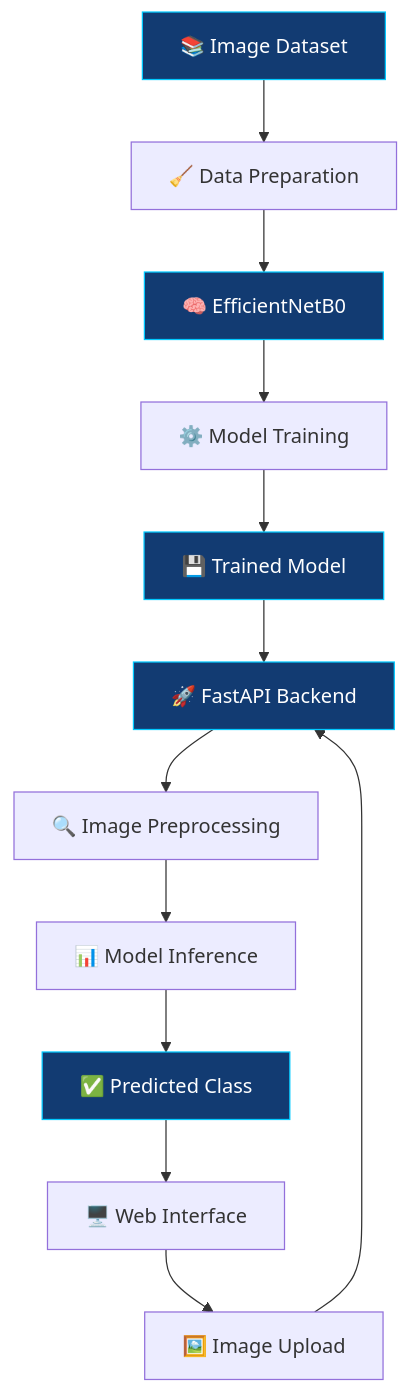
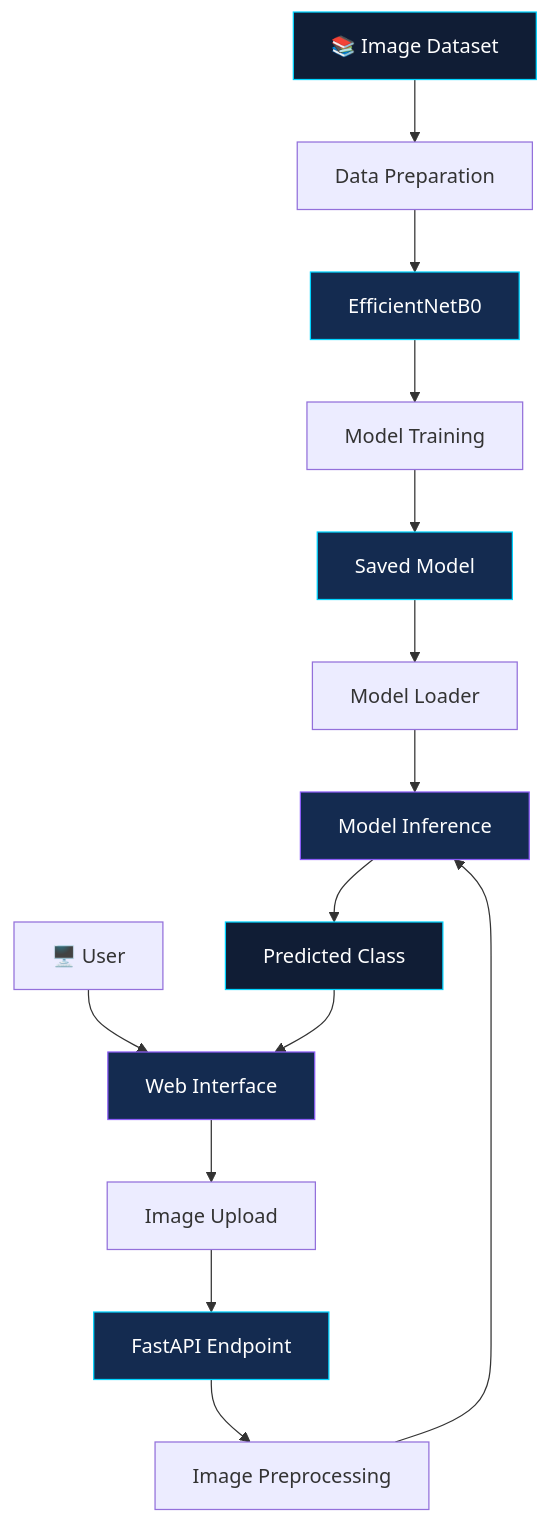
The diagram in README.md (iaryanMishra/DeepDetect-AI), drawn with Mermaid before and after one commit. The commit also changed other lines of this file, not shown here.

````diff
--- a/README.md
+++ b/README.md
@@ -197,20 +193,25 @@
 ```mermaid
 flowchart TD
-    A["📚 Image Dataset"] --> B["🧹 Data Preparation"]
-    B --> C["🧠 EfficientNetB0"]
-    C --> D["⚙️ Model Training"]
-    D --> E["💾 Trained Model"]
-    E --> F["🚀 FastAPI Backend"]
-    G["🖥️ Web Interface"] --> H["🖼️ Image Upload"]
-    H --> F
-    F --> I["🔍 Image Preprocessing"]
-    I --> J["📊 Model Inference"]
-    J --> K["✅ Predicted Class"]
-    K --> G
+    A["📚 Image Dataset"] --> B["Data Preparation"]
+    B --> C["EfficientNetB0"]
+    C --> D["Model Training"]
+    D --> E["Saved Model"]
 
-    style A fill:#123B72,color:#fff,stroke:#00C9FF
-    style C fill:#123B72,color:#fff,stroke:#00C9FF
-    style E fill:#123B72,color:#fff,stroke:#00C9FF
-    style F fill:#123B72,color:#fff,stroke:#00C9FF
-    style K fill:#123B72,color:#fff,stroke:#00C9FF
+    U["🖥️ User"] --> F["Web Interface"]
+    F --> G["Image Upload"]
+    G --> H["FastAPI Endpoint"]
+    E --> I["Model Loader"]
+    H --> J["Image Preprocessing"]
+    I --> K["Model Inference"]
+    J --> K
+    K --> L["Predicted Class"]
+    L --> F
+
+    style A fill:#101D35,color:#FFFFFF,stroke:#00D4FF
+    style C fill:#142B50,color:#FFFFFF,stroke:#00D4FF
+    style E fill:#142B50,color:#FFFFFF,stroke:#00D4FF
+    style F fill:#142B50,color:#FFFFFF,stroke:#8B5CF6
+    style H fill:#142B50,color:#FFFFFF,stroke:#00D4FF
+    style K fill:#142B50,color:#FFFFFF,stroke:#8B5CF6
+    style L fill:#101D35,color:#FFFFFF,stroke:#00D4FF
 ```
````
